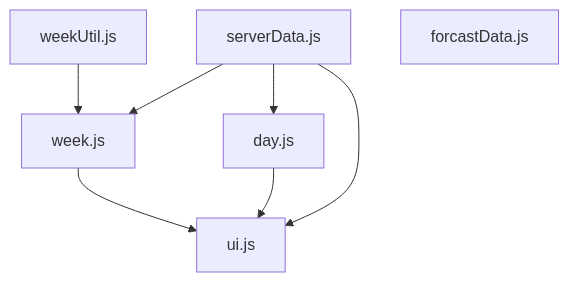
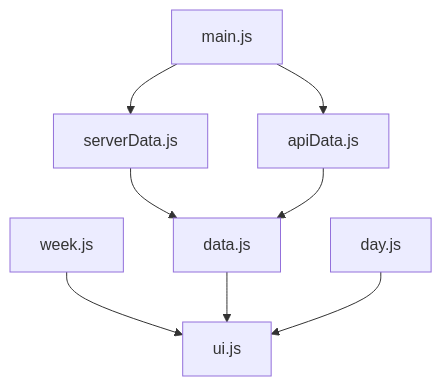
The diagram in Structure.md (ghrlcu06e20l500g/itis_raining), drawn with Mermaid before and after one commit. The commit also changed other lines of this file and 11 other files, not shown here.

````diff
--- a/Structure.md
+++ b/Structure.md
@@ -3,10 +21,10 @@
 ``` mermaid
-flowchart TD
-    weekUtil.js --> week.js
+    flowchart
+    main.js --> serverData.js
+    main.js --> apiData.js
+    serverData.js --> data.js
+    apiData.js --> data.js
     week.js --> ui.js
+    data.js --> ui.js
     day.js --> ui.js
-    serverData.js --> ui.js
-    serverData.js --> day.js
-    serverData.js --> week.js
-    forcastData.js
 ```
````
